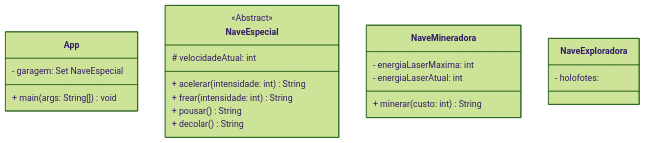
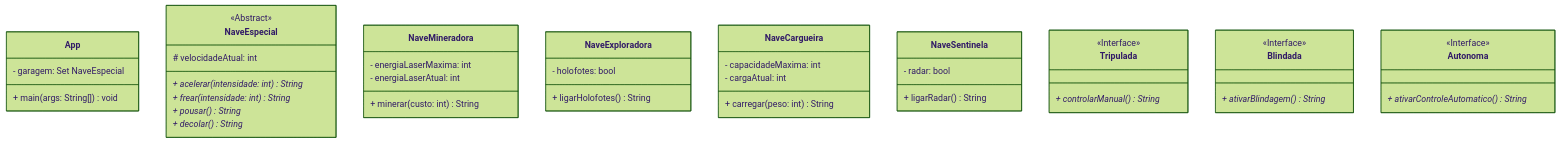
Before and after one commit to sergio-prolo-class/lista-4-willian: the diagram in readme.md, drawn with Mermaid (forest theme).

Commit message:
Atualiza o diagrama de classes no readme.md

````diff
--- a/readme.md
+++ b/readme.md
@@ -5,34 +5,62 @@
 ```mermaid
 
 classDiagram
     
     class App {
         - garagem: Set NaveEspecial
         + main(args: String[]) void
     }
     
     class NaveEspecial {
             <<Abstract>>
         # velocidadeAtual: int
         
-        + acelerar(intensidade: int) String
-        + frear(intensidade: int) String
-        + pousar() String
-        + decolar() String
+        + acelerar(intensidade: int) String *
+        + frear(intensidade: int) String *
+        + pousar() String *
+        + decolar() String *
     }
     
     class NaveMineradora {
         - energiaLaserMaxima: int
         - energiaLaserAtual: int
         
         + minerar(custo: int) String
     }
     
     class NaveExploradora {
-        - holofotes: 
+        - holofotes: bool
+        + ligarHolofotes() String
     }
+    
+    class NaveCargueira {
+        - capacidadeMaxima: int
+        - cargaAtual: int
+        + carregar(peso: int) String
+    }
+    
+    class NaveSentinela {
+        - radar: bool
+        + ligarRadar() String
+    }
+    
+    class Tripulada {
+        <<Interface>>
+        + controlarManual() String *
+    }
+    
+    class Blindada {
+        <<Interface>>
+        + ativarBlindagem() String *
+    }
+    
+    class Autonoma {
+        <<Interface>>
+        + ativarControleAutomatico() String *
+    }
+        
     
 
 
 
 ```
````
